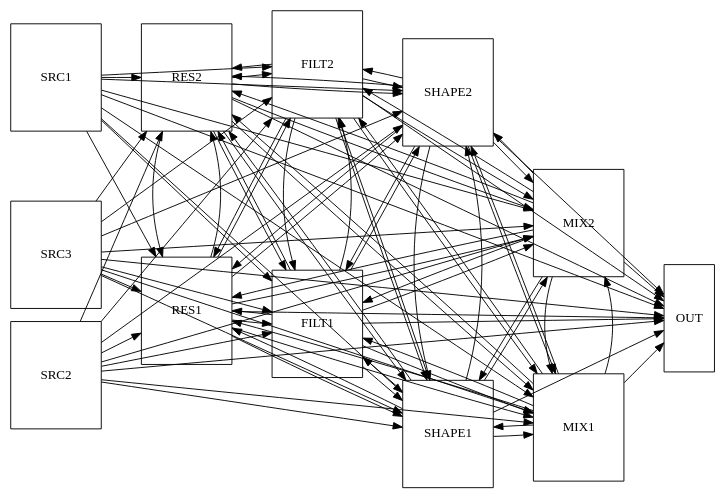
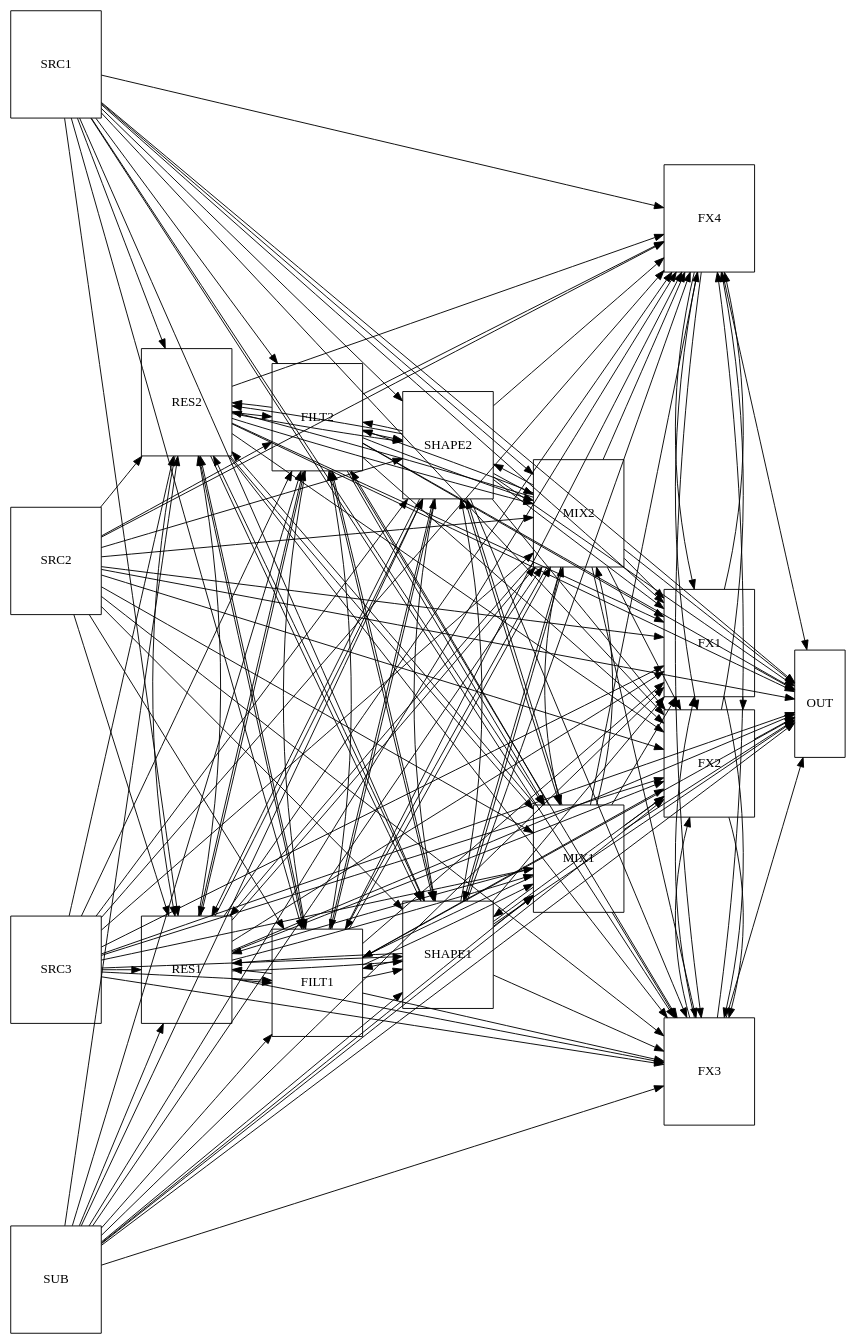
Before and after one commit to highda/iupac-synth-v2: the diagram in scripts/layout-slots.dot, drawn with Graphviz. The commit also changed 30 other files, not shown here.

Commit message:
patch: architecture v3.2 foundation — bounds 16/48/40/4, five new module types, decoder default-fill and the widened slot table (#109) (#131)

```diff
--- a/scripts/layout-slots.dot
+++ b/scripts/layout-slots.dot
@@ -1,32 +1,43 @@
-// Input for scripts/layout-slots.py (#69): the complete eligible-edge graph of the fixed
-// editor slot set. Columns are pinned with rank=same so dot only decides the vertical order
+// Input for scripts/layout-slots.py (#69, widened by #109): the complete eligible-edge graph of the
+// fixed editor slot set. Columns are pinned with rank=same so dot only decides the vertical order
 // and spacing inside each column. Sizes are inches; the script rescales into 1000x700.
+//
+// D8 adds the dedicated sub slot to the source column and the four-slot effects region in its own
+// band between the mixers and the OUT bus. The effects region is the global post-mixer tail, so it
+// has no edge back into a per-voice slot: FX slots feed each other and the OUT bus only.
 digraph slots {
     rankdir=LR;
     ranksep=0.6;
     nodesep=0.2;
     splines=false;
     node [shape=box, fixedsize=true, width=1.35, height=1.6];
 
-    { rank=same; SRC1; SRC2; SRC3; }
+    { rank=same; SRC1; SRC2; SRC3; SUB; }
     { rank=same; RES1; RES2; }
     { rank=same; FILT1; FILT2; }
     { rank=same; SHAPE1; SHAPE2; }
     { rank=same; MIX1; MIX2; }
+    { rank=same; FX1; FX2; FX3; FX4; }
     { rank=same; OUT [width=0.75, height=1.6]; }
 
-    // sources -> every processor and the OUT bus
-    SRC1 -> {RES1 RES2 FILT1 FILT2 SHAPE1 SHAPE2 MIX1 MIX2 OUT};
-    SRC2 -> {RES1 RES2 FILT1 FILT2 SHAPE1 SHAPE2 MIX1 MIX2 OUT};
-    SRC3 -> {RES1 RES2 FILT1 FILT2 SHAPE1 SHAPE2 MIX1 MIX2 OUT};
-    // processors -> every other processor and the OUT bus (backward runs are legal in the
-    // patch as long as the graph stays acyclic; the router returns them below the field)
-    RES1 -> {RES2 FILT1 FILT2 SHAPE1 SHAPE2 MIX1 MIX2 OUT};
-    RES2 -> {RES1 FILT1 FILT2 SHAPE1 SHAPE2 MIX1 MIX2 OUT};
-    FILT1 -> {RES1 RES2 FILT2 SHAPE1 SHAPE2 MIX1 MIX2 OUT};
-    FILT2 -> {RES1 RES2 FILT1 SHAPE1 SHAPE2 MIX1 MIX2 OUT};
-    SHAPE1 -> {RES1 RES2 FILT1 FILT2 SHAPE2 MIX1 MIX2 OUT};
-    SHAPE2 -> {RES1 RES2 FILT1 FILT2 SHAPE1 MIX1 MIX2 OUT};
-    MIX1 -> {RES1 RES2 FILT1 FILT2 SHAPE1 SHAPE2 MIX2 OUT};
-    MIX2 -> {RES1 RES2 FILT1 FILT2 SHAPE1 SHAPE2 MIX1 OUT};
+    // sources -> every processor, the effects region and the OUT bus
+    SRC1 -> {RES1 RES2 FILT1 FILT2 SHAPE1 SHAPE2 MIX1 MIX2 FX1 FX2 FX3 FX4 OUT};
+    SRC2 -> {RES1 RES2 FILT1 FILT2 SHAPE1 SHAPE2 MIX1 MIX2 FX1 FX2 FX3 FX4 OUT};
+    SRC3 -> {RES1 RES2 FILT1 FILT2 SHAPE1 SHAPE2 MIX1 MIX2 FX1 FX2 FX3 FX4 OUT};
+    SUB -> {RES1 RES2 FILT1 FILT2 SHAPE1 SHAPE2 MIX1 MIX2 FX1 FX2 FX3 FX4 OUT};
+    // processors -> every other processor, the effects region and the OUT bus (backward runs are
+    // legal in the patch as long as the graph stays acyclic; the router returns them below the field)
+    RES1 -> {RES2 FILT1 FILT2 SHAPE1 SHAPE2 MIX1 MIX2 FX1 FX2 FX3 FX4 OUT};
+    RES2 -> {RES1 FILT1 FILT2 SHAPE1 SHAPE2 MIX1 MIX2 FX1 FX2 FX3 FX4 OUT};
+    FILT1 -> {RES1 RES2 FILT2 SHAPE1 SHAPE2 MIX1 MIX2 FX1 FX2 FX3 FX4 OUT};
+    FILT2 -> {RES1 RES2 FILT1 SHAPE1 SHAPE2 MIX1 MIX2 FX1 FX2 FX3 FX4 OUT};
+    SHAPE1 -> {RES1 RES2 FILT1 FILT2 SHAPE2 MIX1 MIX2 FX1 FX2 FX3 FX4 OUT};
+    SHAPE2 -> {RES1 RES2 FILT1 FILT2 SHAPE1 MIX1 MIX2 FX1 FX2 FX3 FX4 OUT};
+    MIX1 -> {RES1 RES2 FILT1 FILT2 SHAPE1 SHAPE2 MIX2 FX1 FX2 FX3 FX4 OUT};
+    MIX2 -> {RES1 RES2 FILT1 FILT2 SHAPE1 SHAPE2 MIX1 FX1 FX2 FX3 FX4 OUT};
+    // the global tail -> only another effects slot or the OUT bus
+    FX1 -> {FX2 FX3 FX4 OUT};
+    FX2 -> {FX1 FX3 FX4 OUT};
+    FX3 -> {FX1 FX2 FX4 OUT};
+    FX4 -> {FX1 FX2 FX3 OUT};
 }
```
